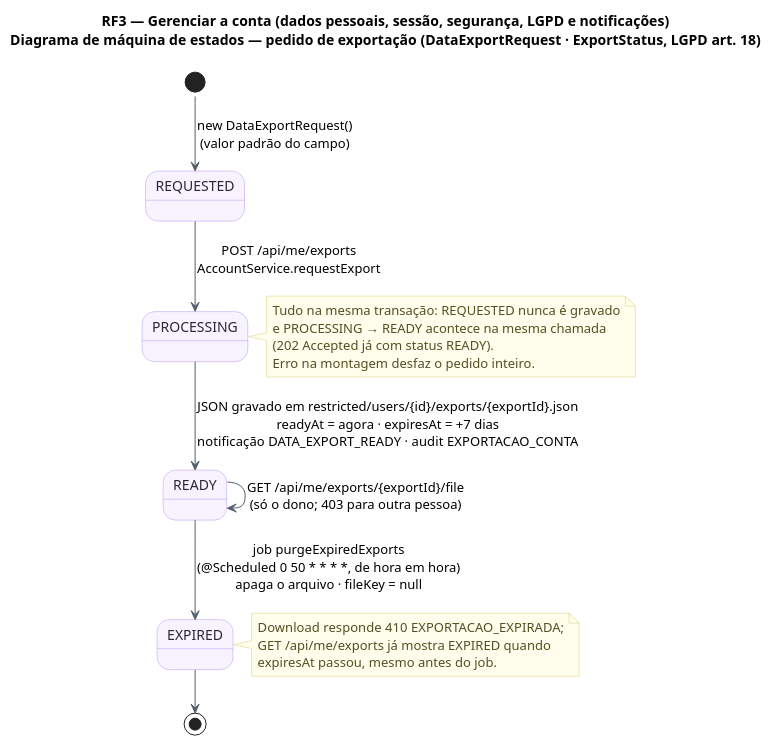
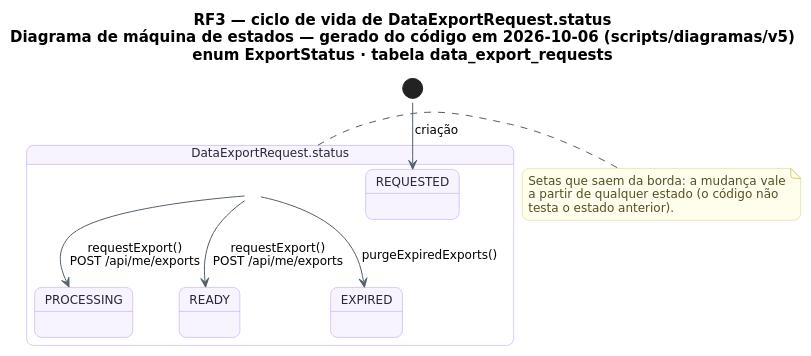
The diagram in docs/diagramas/RF3/RF3-maquinadeestados-exportacao.puml (MatheusHaliski/tcc-2026-fashion-ai-backend), drawn with PlantUML before and after one commit. The commit also changed 799 other files, not shown here.

```diff
--- a/docs/diagramas/RF3/RF3-maquinadeestados-exportacao.puml
+++ b/docs/diagramas/RF3/RF3-maquinadeestados-exportacao.puml
@@ -1,39 +1,39 @@
 @startuml RF3_MaquinaDeEstados_Exportacao
 !pragma layout smetana
-title RF3 — Gerenciar a conta (dados pessoais, sessão, segurança, LGPD e notificações)\nDiagrama de máquina de estados — pedido de exportação (DataExportRequest · ExportStatus, LGPD art. 18)
 skinparam backgroundColor #FFFFFF
-skinparam state {
-  BackgroundColor #F8F4FF
-  BorderColor #B695F5
-  FontColor #2D2438
-  ArrowColor #52606D
-}
+skinparam shadowing false
+skinparam defaultFontName "DejaVu Sans"
+skinparam defaultFontSize 12
+skinparam titleFontSize 15
+skinparam roundcorner 14
+skinparam ArrowColor #52606D
 skinparam note {
   BackgroundColor #FFFDEB
   BorderColor #D8CE78
   FontColor #554F24
 }
-state "REQUESTED" as Req
-state "PROCESSING" as Proc
-state "READY" as Ready
-state "EXPIRED" as Exp
+skinparam state {
+  BackgroundColor #F8F4FF
+  BorderColor #B695F5
+  FontColor #2D2438
+  StartColor #20A77A
+  EndColor #4B5563
+}
+title RF3 — ciclo de vida de DataExportRequest.status\nDiagrama de máquina de estados — gerado do código em 2026-10-06 (scripts/diagramas/v5)\nenum ExportStatus · tabela data_export_requests
 
-[*] --> Req : new DataExportRequest()\n(valor padrão do campo)
-Req --> Proc : POST /api/me/exports\nAccountService.requestExport
-Proc --> Ready : JSON gravado em restricted/users/{id}/exports/{exportId}.json\nreadyAt = agora · expiresAt = +7 dias\nnotificação DATA_EXPORT_READY · audit EXPORTACAO_CONTA
-Ready --> Ready : GET /api/me/exports/{exportId}/file\n(só o dono; 403 para outra pessoa)
-Ready --> Exp : job purgeExpiredExports\n(@Scheduled 0 50 * * * *, de hora em hora)\napaga o arquivo · fileKey = null
-Exp --> [*]
-
-note right of Proc
-  Tudo na mesma transação: REQUESTED nunca é gravado
-  e PROCESSING → READY acontece na mesma chamada
-  (202 Accepted já com status READY).
-  Erro na montagem desfaz o pedido inteiro.
-end note
-note right of Exp
-  Download responde 410 EXPORTACAO_EXPIRADA;
-  GET /api/me/exports já mostra EXPIRED quando
-  expiresAt passou, mesmo antes do job.
+state "DataExportRequest.status" as Ciclo_DataExportRequest {
+  state Ciclo_DataExportRequest_REQUESTED as "REQUESTED"
+  state Ciclo_DataExportRequest_PROCESSING as "PROCESSING"
+  state Ciclo_DataExportRequest_READY as "READY"
+  state Ciclo_DataExportRequest_EXPIRED as "EXPIRED"
+}
+[*] --> Ciclo_DataExportRequest_REQUESTED : criação
+Ciclo_DataExportRequest --> Ciclo_DataExportRequest_EXPIRED : purgeExpiredExports()
+Ciclo_DataExportRequest --> Ciclo_DataExportRequest_PROCESSING : requestExport()\nPOST /api/me/exports
+Ciclo_DataExportRequest --> Ciclo_DataExportRequest_READY : requestExport()\nPOST /api/me/exports
+note right of Ciclo_DataExportRequest
+  Setas que saem da borda: a mudança vale
+  a partir de qualquer estado (o código não
+  testa o estado anterior).
 end note
 @enduml
```
